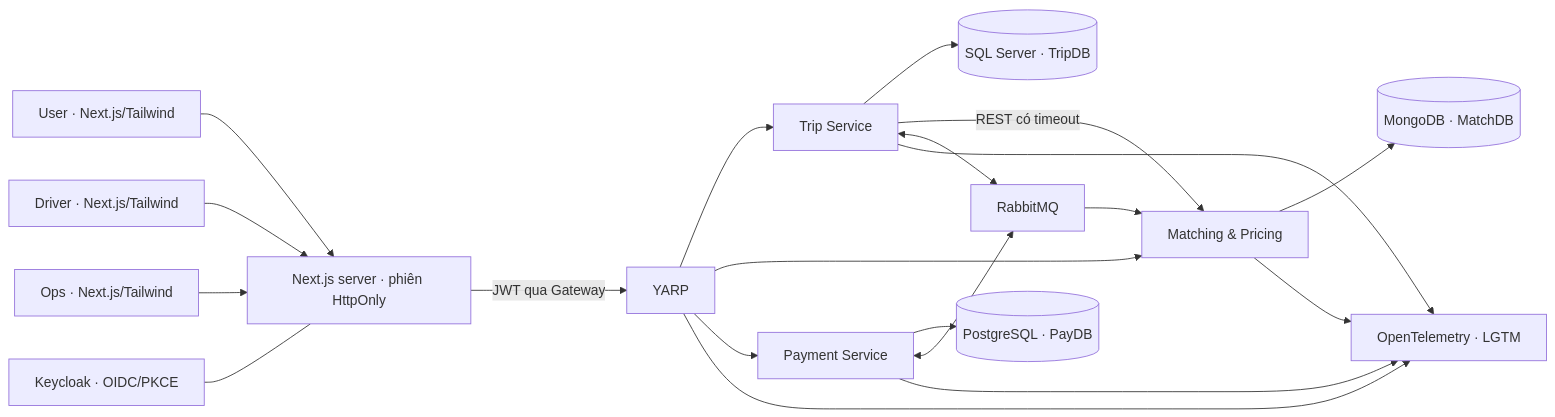
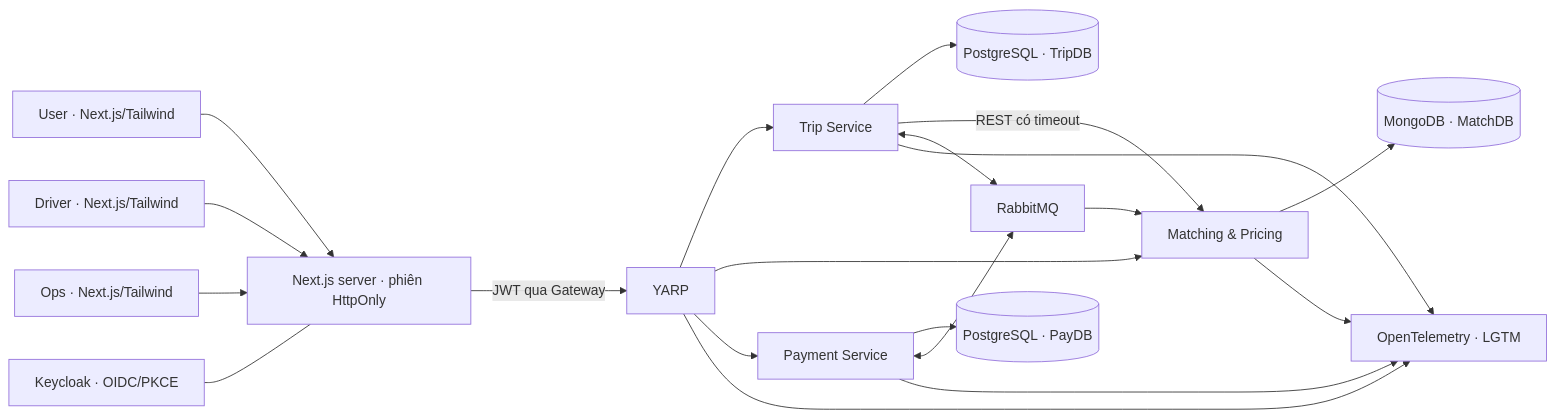
Before and after one commit to QuocDai-210/SoftwareArchitecture: the first of 4 diagrams in docs/architecture.md, drawn with Mermaid. The commit also changed other lines of this file and 35 other files, not shown here.

First line of the commit message:
feat: Migrate from SQL Server to PostgreSQL for Trip service

````diff
--- a/docs/architecture.md
+++ b/docs/architecture.md
@@ -5,19 +5,19 @@
 ```mermaid
 flowchart LR
     Rider[User · Next.js/Tailwind] --> Web[Next.js server · phiên HttpOnly]
     Driver[Driver · Next.js/Tailwind] --> Web
     Ops[Ops · Next.js/Tailwind] --> Web
     Web -->|JWT qua Gateway| G[YARP]
     IdP[Keycloak · OIDC/PKCE] --- Web
     G --> T[Trip Service]
     G --> M[Matching & Pricing]
     G --> P[Payment Service]
-    T --> SQL[(SQL Server · TripDB)]
+    T --> SQL[(PostgreSQL · TripDB)]
     M --> Mongo[(MongoDB · MatchDB)]
     P --> PG[(PostgreSQL · PayDB)]
     T -->|REST có timeout| M
     T <--> MQ[RabbitMQ]
     P <--> MQ
     MQ --> M
     G & T & M & P --> O[OpenTelemetry · LGTM]
 ```
````
